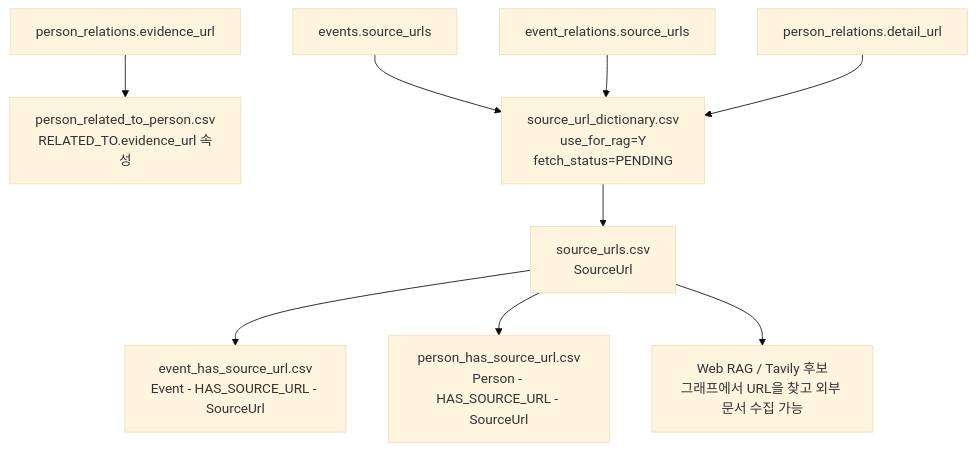
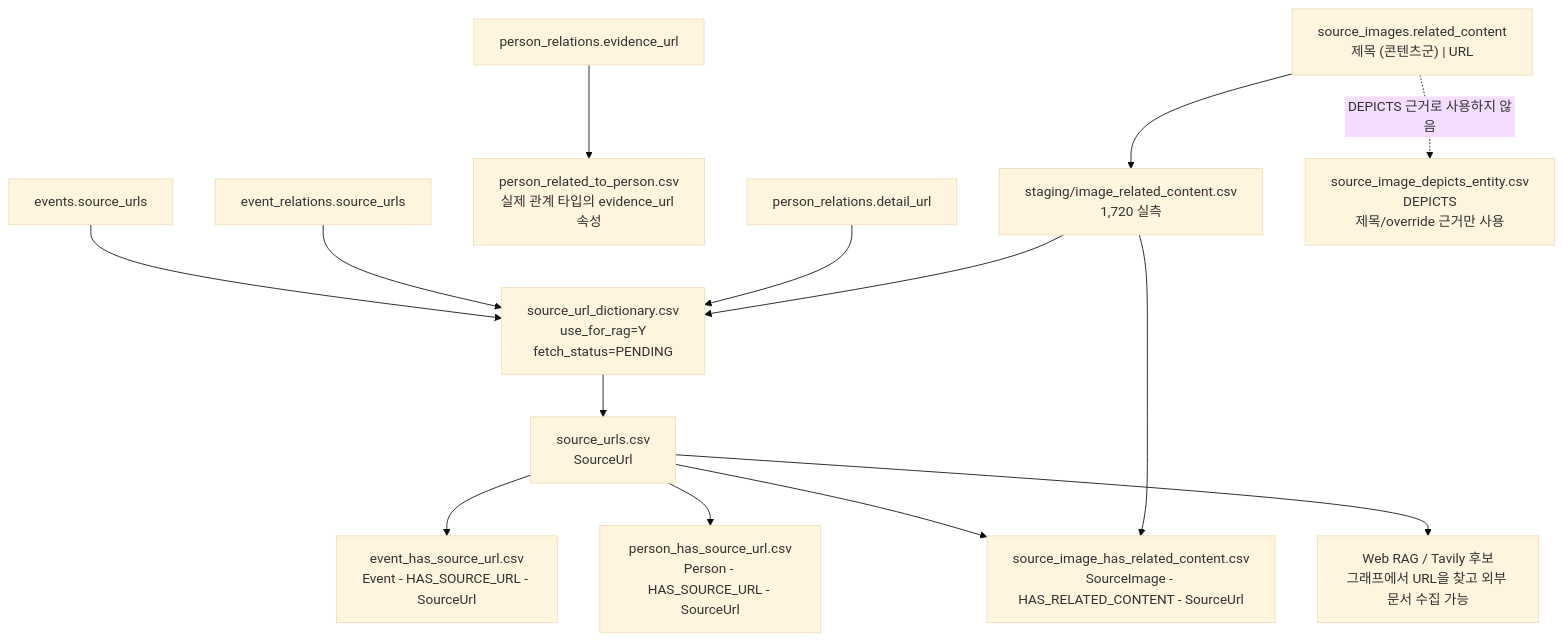
Before and after one commit to SKNETWORKS-FAMILY-AICAMP/SKN27-FINAL-2Team: diagram 16 of 20 in docs/neo4j/neo4j_implementation_mermaid_flow.md, drawn with Mermaid (base theme). The commit also changed other lines of this file and 24 other files, not shown here.

````diff
--- a/docs/neo4j/neo4j_implementation_mermaid_flow.md
+++ b/docs/neo4j/neo4j_implementation_mermaid_flow.md
@@ -714,25 +742,33 @@
 ```mermaid
 flowchart TB
     event_urls["events.source_urls"]
     event_relation_urls["event_relations.source_urls"]
     person_evidence["person_relations.evidence_url"]
-    related_evidence["person_related_to_person.csv<br/>RELATED_TO.evidence_url 속성"]
+    related_evidence["person_related_to_person.csv<br/>실제 관계 타입의 evidence_url 속성"]
     person_detail["person_relations.detail_url"]
+    image_related_raw["source_images.related_content<br/>제목 (콘텐츠군) | URL"]
+    image_related_stage["staging/image_related_content.csv<br/>1,720 실측"]
 
     source_url_dict["source_url_dictionary.csv<br/>use_for_rag=Y<br/>fetch_status=PENDING"]
     source_urls_node["source_urls.csv<br/>SourceUrl"]
 
     event_has_url["event_has_source_url.csv<br/>Event - HAS_SOURCE_URL - SourceUrl"]
     person_has_url["person_has_source_url.csv<br/>Person - HAS_SOURCE_URL - SourceUrl"]
+    image_has_related["source_image_has_related_content.csv<br/>SourceImage - HAS_RELATED_CONTENT - SourceUrl"]
+    depicts["source_image_depicts_entity.csv<br/>DEPICTS<br/>제목/override 근거만 사용"]
     web_rag["Web RAG / Tavily 후보<br/>그래프에서 URL을 찾고 외부 문서 수집 가능"]
 
     event_urls --> source_url_dict
     event_relation_urls --> source_url_dict
     person_evidence --> related_evidence
     person_detail --> source_url_dict
+    image_related_raw --> image_related_stage --> source_url_dict
 
     source_url_dict --> source_urls_node
     source_urls_node --> event_has_url
     source_urls_node --> person_has_url
+    source_urls_node --> image_has_related
+    image_related_stage --> image_has_related
+    image_related_raw -.->|"DEPICTS 근거로 사용하지 않음"| depicts
     source_urls_node --> web_rag
 ```
````
